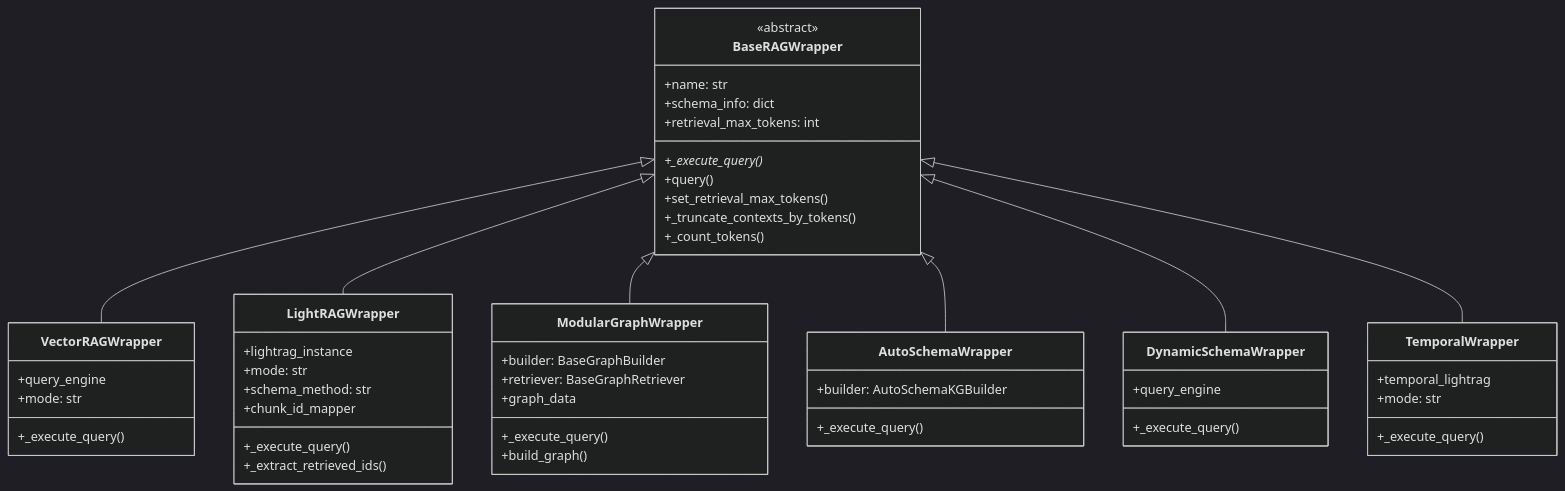
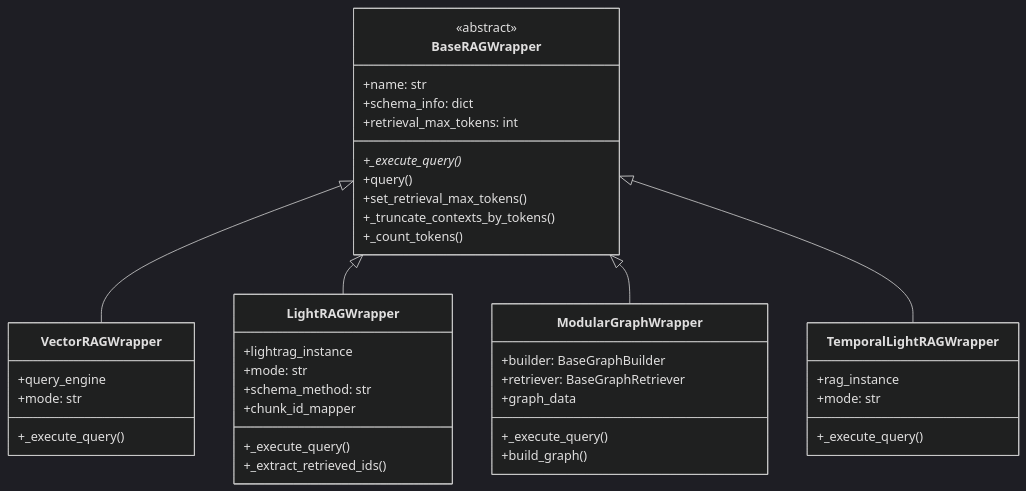
One commit to Hsuanyu-wang/End_to_End changed diagram 15 of 26 in docs/ARCHITECTURE.md. Above: the diagram before and after it, drawn with Mermaid (dark theme). The commit also changed other lines of this file and 123 other files, not shown here.

````diff
--- a/docs/ARCHITECTURE.md
+++ b/docs/ARCHITECTURE.md
@@ -609,60 +655,48 @@
 ```mermaid
 classDiagram
     class BaseRAGWrapper {
         <<abstract>>
         +name: str
         +schema_info: dict
         +retrieval_max_tokens: int
         +_execute_query()*
         +query()
         +set_retrieval_max_tokens()
         +_truncate_contexts_by_tokens()
         +_count_tokens()
     }
     
     class VectorRAGWrapper {
         +query_engine
         +mode: str
         +_execute_query()
     }
     
     class LightRAGWrapper {
         +lightrag_instance
         +mode: str
         +schema_method: str
         +chunk_id_mapper
         +_execute_query()
         +_extract_retrieved_ids()
     }
     
     class ModularGraphWrapper {
         +builder: BaseGraphBuilder
         +retriever: BaseGraphRetriever
         +graph_data
         +_execute_query()
         +build_graph()
     }
     
-    class AutoSchemaWrapper {
-        +builder: AutoSchemaKGBuilder
-        +_execute_query()
-    }
-    
-    class DynamicSchemaWrapper {
-        +query_engine
-        +_execute_query()
-    }
-    
-    class TemporalWrapper {
-        +temporal_lightrag
+    class TemporalLightRAGWrapper {
+        +rag_instance
         +mode: str
         +_execute_query()
     }
     
     BaseRAGWrapper <|-- VectorRAGWrapper
     BaseRAGWrapper <|-- LightRAGWrapper
     BaseRAGWrapper <|-- ModularGraphWrapper
-    BaseRAGWrapper <|-- AutoSchemaWrapper
-    BaseRAGWrapper <|-- DynamicSchemaWrapper
-    BaseRAGWrapper <|-- TemporalWrapper
+    BaseRAGWrapper <|-- TemporalLightRAGWrapper
 ```
````
